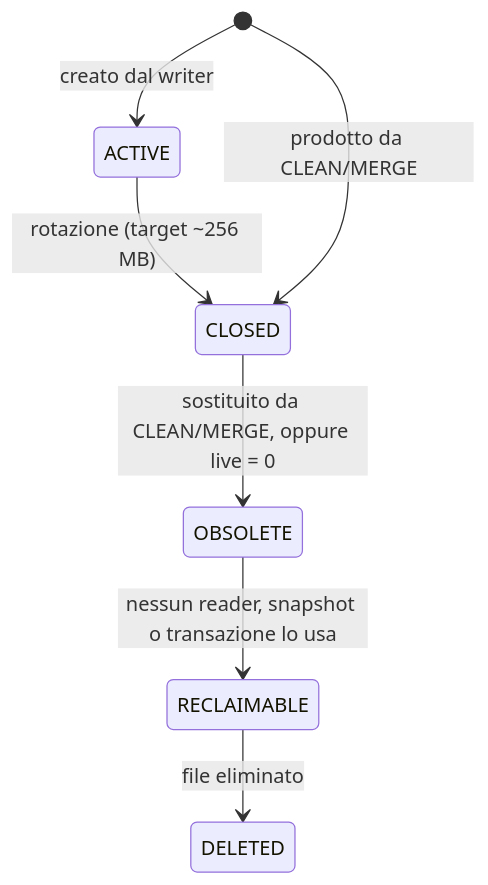
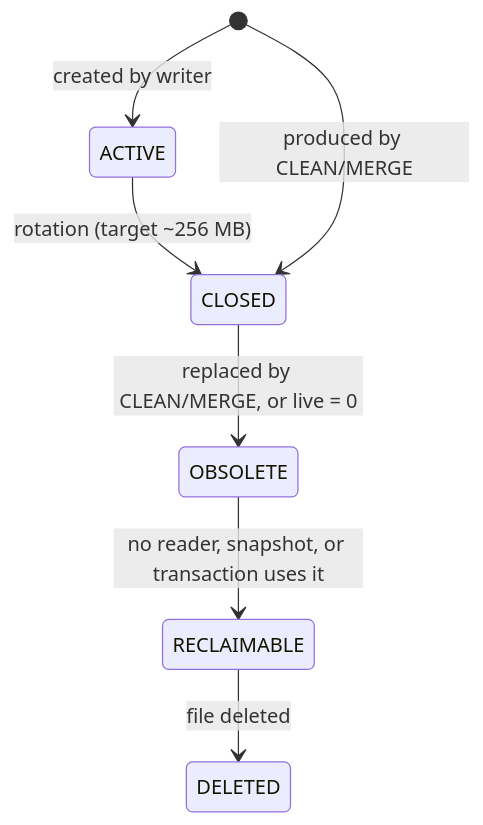
Before and after one commit to gipidevdor/ArcDocDB: the diagram in docs/03-storage.md, drawn with Mermaid. The commit also changed other lines of this file and 535 other files, not shown here.

````diff
--- a/docs/03-storage.md
+++ b/docs/03-storage.md
@@ -66,9 +72,9 @@
 ```mermaid
 stateDiagram-v2
-    [*] --> ACTIVE: creato dal writer
-    ACTIVE --> CLOSED: rotazione (target ~256 MB)
-    [*] --> CLOSED: prodotto da CLEAN/MERGE
-    CLOSED --> OBSOLETE: sostituito da CLEAN/MERGE, oppure live = 0
-    OBSOLETE --> RECLAIMABLE: nessun reader, snapshot o transazione lo usa
-    RECLAIMABLE --> DELETED: file eliminato
+    [*] --> ACTIVE: created by writer
+    ACTIVE --> CLOSED: rotation (target ~256 MB)
+    [*] --> CLOSED: produced by CLEAN/MERGE
+    CLOSED --> OBSOLETE: replaced by CLEAN/MERGE, or live = 0
+    OBSOLETE --> RECLAIMABLE: no reader, snapshot, or transaction uses it
+    RECLAIMABLE --> DELETED: file deleted
 ```
````
